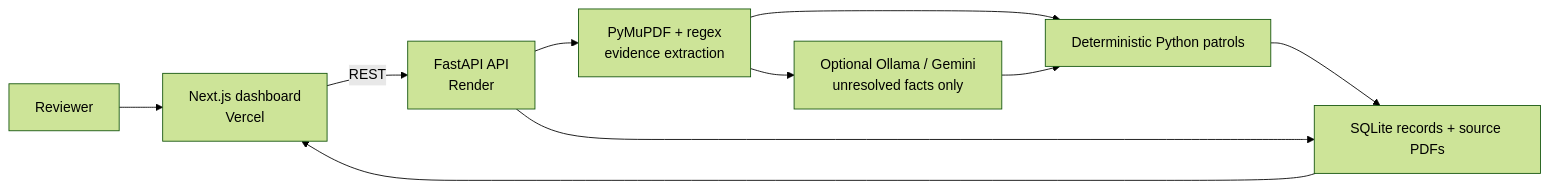
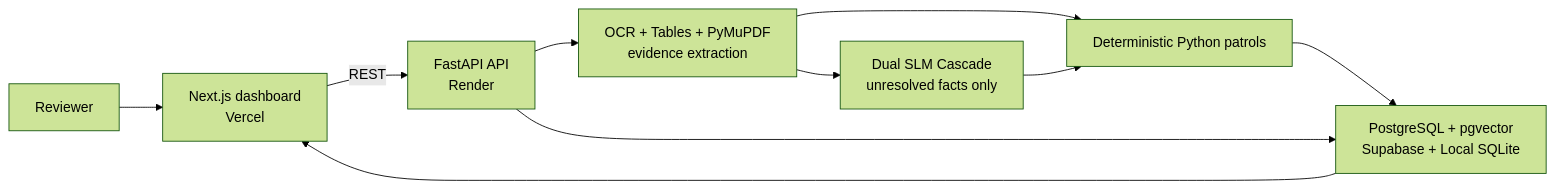
Before and after one commit to Aparna-Jha-05/kaya-ai: the diagram in README.md, drawn with Mermaid (forest theme). The commit also changed other lines of this file and 3 other files, not shown here.

````diff
--- a/README.md
+++ b/README.md
@@ -96,12 +96,12 @@
 ```mermaid
 flowchart LR
     U["Reviewer"] --> W["Next.js dashboard<br/>Vercel"]
     W -->|REST| A["FastAPI API<br/>Render"]
-    A --> X["PyMuPDF + regex<br/>evidence extraction"]
-    X --> M["Optional Ollama / Gemini<br/>unresolved facts only"]
+    A --> X["OCR + Tables + PyMuPDF<br/>evidence extraction"]
+    X --> M["Dual SLM Cascade<br/>unresolved facts only"]
     X --> P["Deterministic Python patrols"]
     M --> P
-    P --> R["SQLite records + source PDFs"]
+    P --> R["PostgreSQL + pgvector<br/>Supabase + Local SQLite"]
     A --> R
     R --> W
 ```
````
